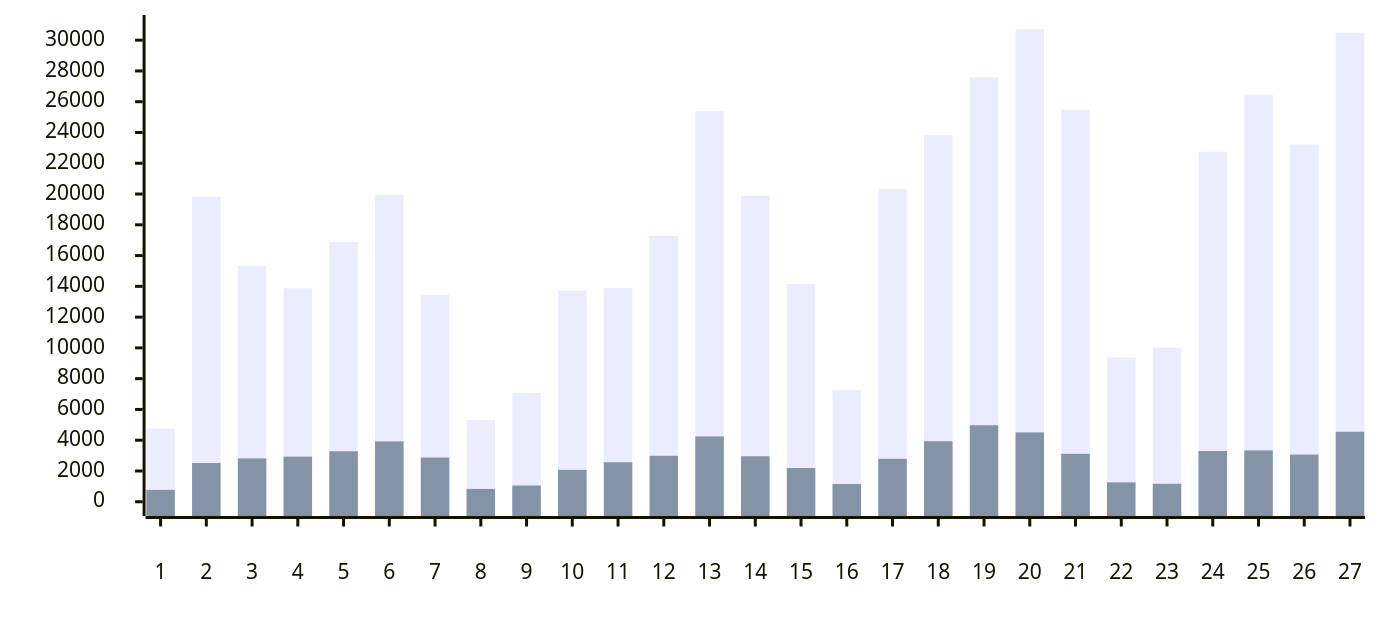
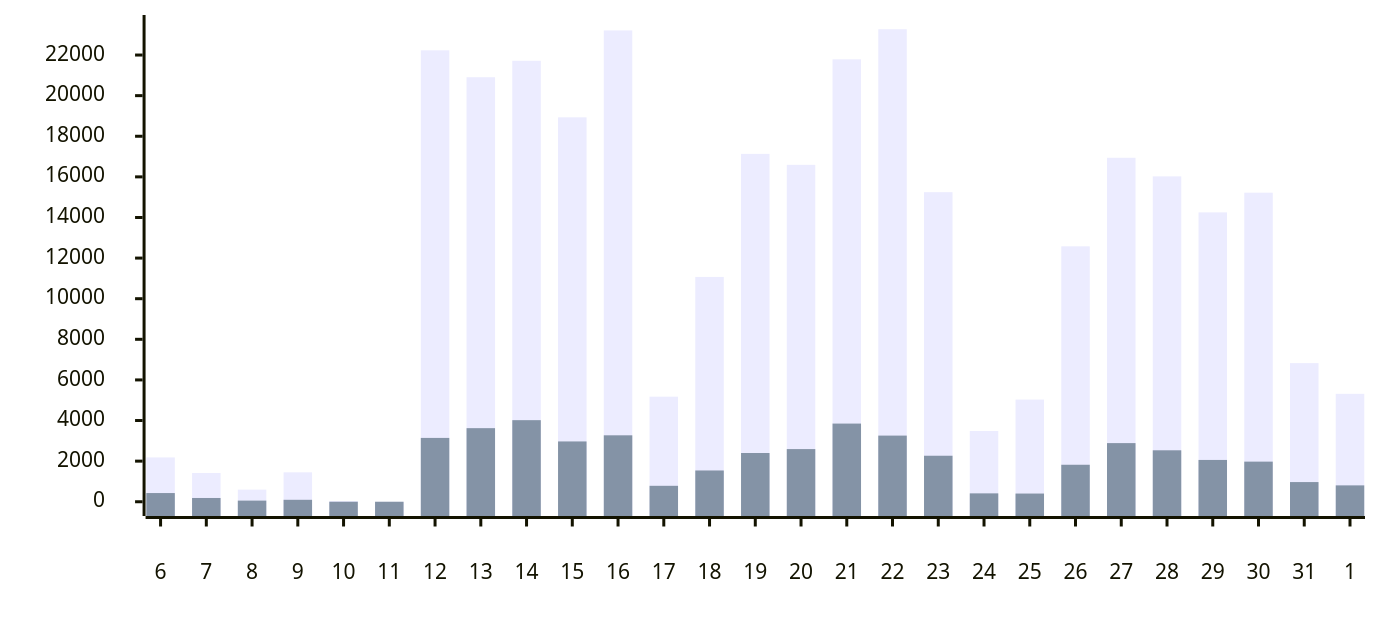
The fourth of 11 diagrams in __tests__/mock/sample-output.md (austenstone/copilot-usage), drawn with Mermaid before and after one commit. The commit also changed other lines of this file and 6 other files, not shown here.

````diff
--- a/__tests__/mock/sample-output.md
+++ b/__tests__/mock/sample-output.md
@@ -81,21 +81,21 @@
 ```mermaid
 ---
 config:
     xyChart:
         width: 900
         height: 400
         xAxis:
             labelPadding: 20
         yAxis:
             labelPadding: 20
     themeVariables:
         xyChart:
             backgroundColor: "transparent"
 ---
 xychart-beta
 
-  x-axis  [1, 2, 3, 4, 5, 6, 7, 8, 9, 10, 11, 12, 13, 14, 15, 16, 17, 18, 19, 20, 21, 22, 23, 24, 25, 26, 27]
-  y-axis  0 --> 30710
-bar  [4766, 19818, 15333, 13876, 16878, 19956, 13436, 5310, 7071, 13729, 13889, 17290, 25392, 19886, 14161, 7258, 20346, 23822, 27586, 30710, 25483, 9369, 10016, 22751, 26462, 23221, 30479]
-bar  [770, 2519, 2816, 2931, 3280, 3924, 2871, 833, 1057, 2075, 2564, 2988, 4247, 2957, 2194, 1152, 2788, 3935, 4975, 4506, 3118, 1259, 1168, 3296, 3338, 3066, 4550]
+  x-axis  [6, 7, 8, 9, 10, 11, 12, 13, 14, 15, 16, 17, 18, 19, 20, 21, 22, 23, 24, 25, 26, 27, 28, 29, 30, 31, 1]
+  y-axis  0 --> 23270
+bar  [2182, 1417, 596, 1448, 39, 0, 22232, 20908, 21717, 18932, 23212, 5175, 11072, 17133, 16592, 21789, 23270, 15247, 3485, 5031, 12578, 16940, 16025, 14250, 15221, 6828, 5316]
+bar  [428, 186, 56, 96, 0, 0, 3144, 3624, 4018, 2970, 3272, 785, 1540, 2401, 2594, 3850, 3258, 2266, 413, 404, 1822, 2888, 2534, 2059, 1976, 969, 806]
 ```
````
